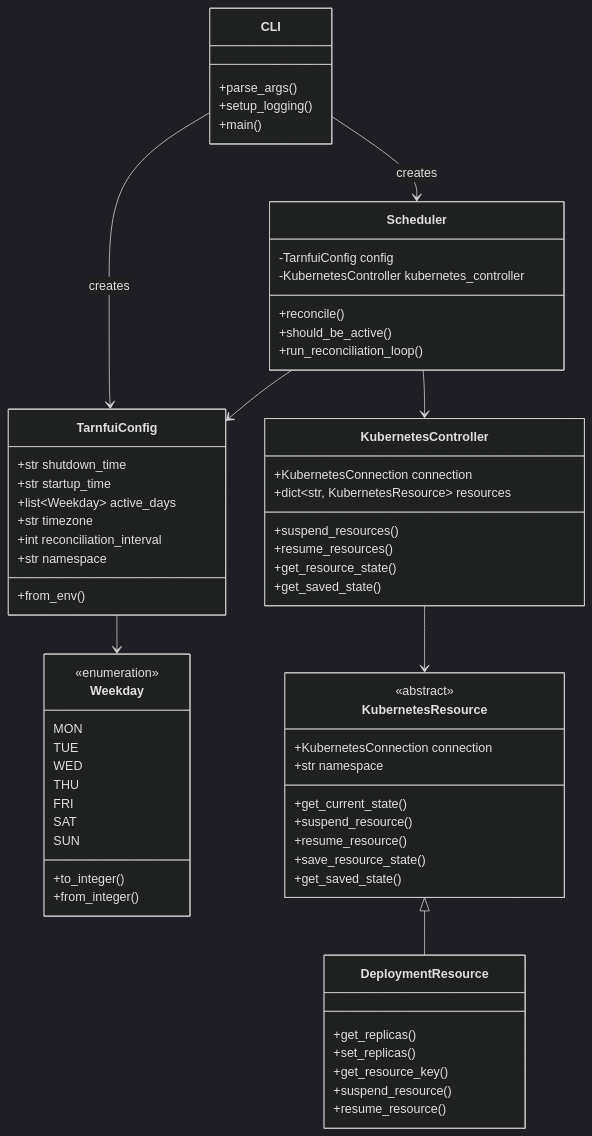
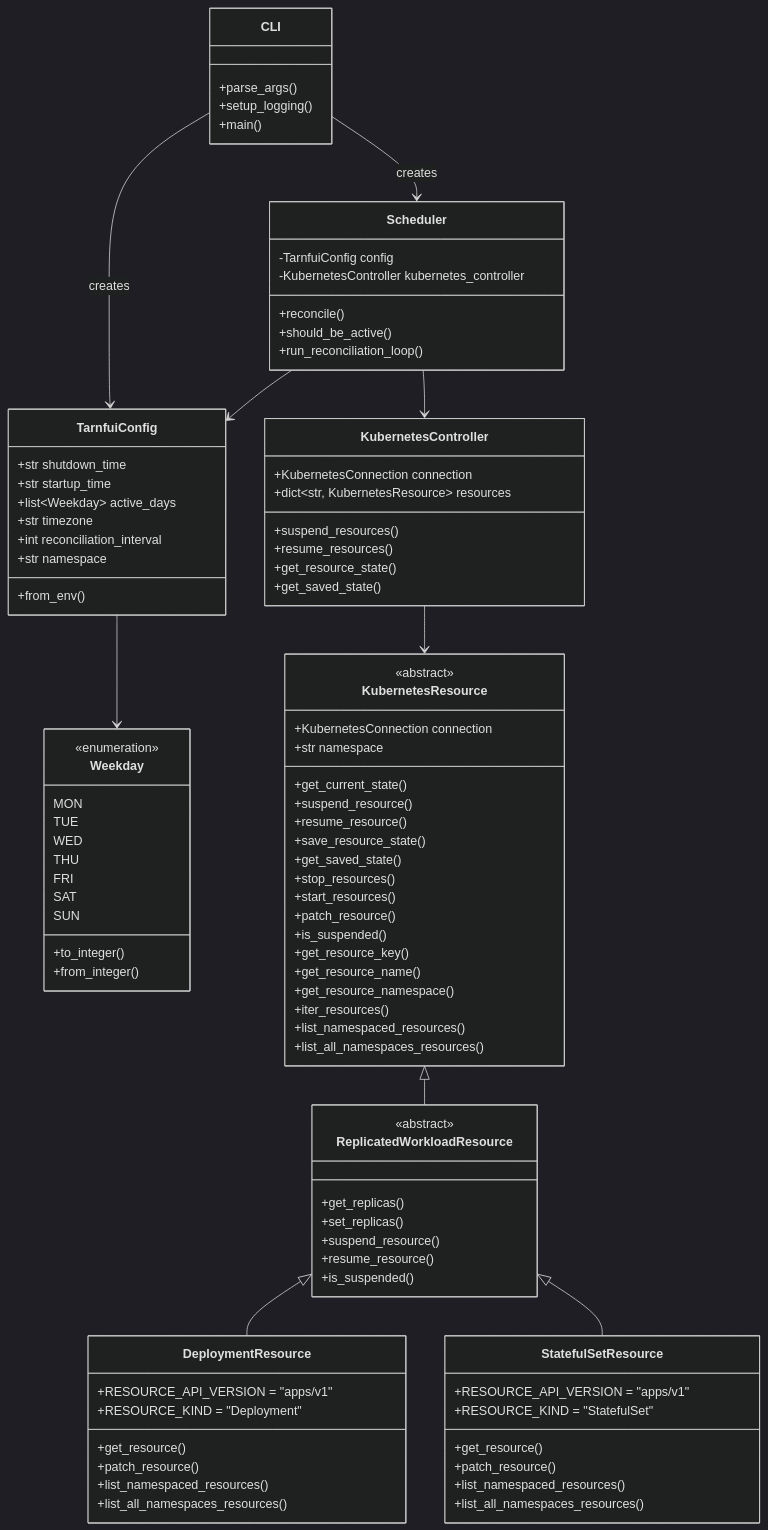
One commit to demikl/Tarnfui changed the second of 2 diagrams in README.md. Above: the diagram before and after it, drawn with Mermaid (dark theme). The commit also changed other lines of this file and 10 other files, not shown here.

````diff
--- a/README.md
+++ b/README.md
@@ -129,14 +129,43 @@
         +resume_resource()
         +save_resource_state()
         +get_saved_state()
+        +stop_resources()
+        +start_resources()
+        +patch_resource()
+        +is_suspended()
+        +get_resource_key()
+        +get_resource_name()
+        +get_resource_namespace()
+        +iter_resources()
+        +list_namespaced_resources()
+        +list_all_namespaces_resources()
+    }
+    
+    class ReplicatedWorkloadResource {
+        <<abstract>>
+        +get_replicas()
+        +set_replicas()
+        +suspend_resource()
+        +resume_resource()
+        +is_suspended()
     }
     
     class DeploymentResource {
-        +get_replicas()
-        +set_replicas()
-        +get_resource_key()
-        +suspend_resource()
-        +resume_resource()
+        +RESOURCE_API_VERSION = "apps/v1"
+        +RESOURCE_KIND = "Deployment"
+        +get_resource()
+        +patch_resource()
+        +list_namespaced_resources()
+        +list_all_namespaces_resources()
+    }
+    
+    class StatefulSetResource {
+        +RESOURCE_API_VERSION = "apps/v1"
+        +RESOURCE_KIND = "StatefulSet"
+        +get_resource()
+        +patch_resource()
+        +list_namespaced_resources()
+        +list_all_namespaces_resources()
     }
     
     CLI --> Scheduler : creates
@@ -145,5 +174,7 @@
     Scheduler --> KubernetesController
     TarnfuiConfig --> Weekday
     KubernetesController --> KubernetesResource
-    KubernetesResource <|-- DeploymentResource
+    KubernetesResource <|-- ReplicatedWorkloadResource
+    ReplicatedWorkloadResource <|-- DeploymentResource
+    ReplicatedWorkloadResource <|-- StatefulSetResource
 ```
````
